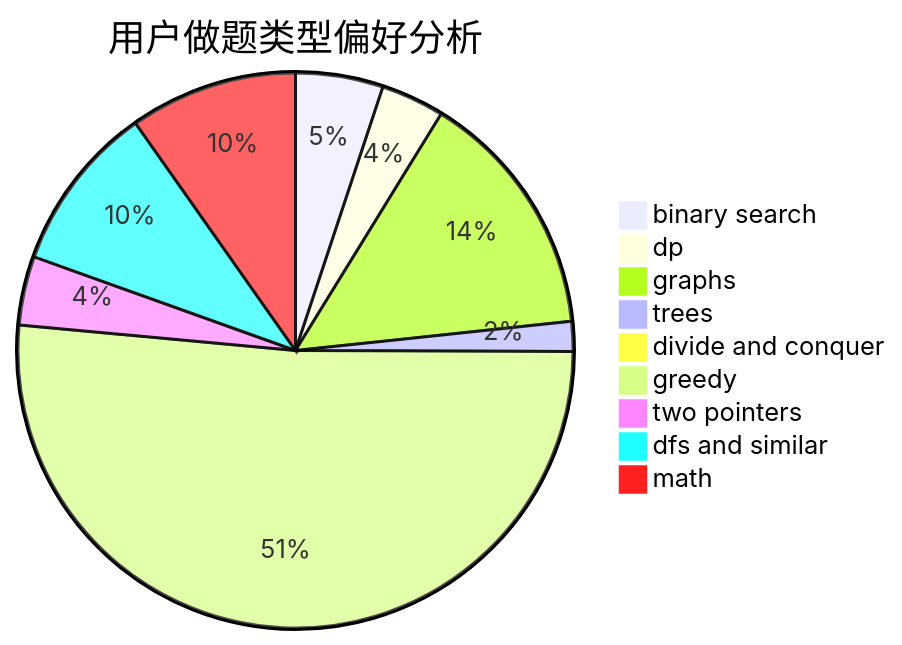
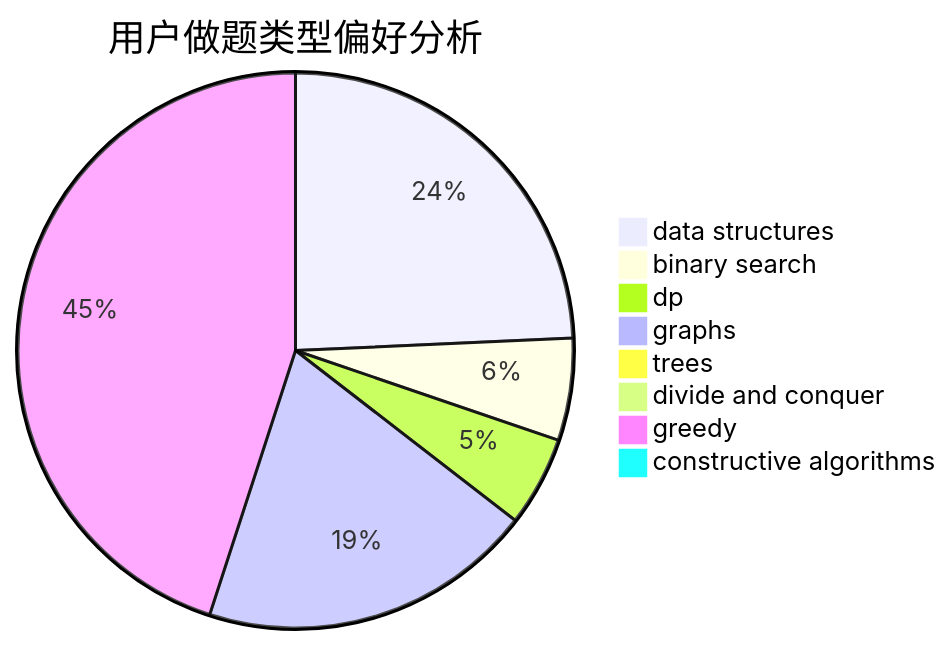
The second of 3 diagrams in docs/user/u1689.md (sherpahu/cfrs.github.io), drawn with Mermaid before and after one commit. The commit also changed other lines of this file and 2775 other files, not shown here.

````diff
--- a/docs/user/u1689.md
+++ b/docs/user/u1689.md
@@ -23,12 +23,11 @@
 ```mermaid
 pie title 用户做题类型偏好分析
-    "binary search" :  47
-    "dp" :  34
-    "graphs" :  134
-    "trees" :  16
-    "divide and conquer" :  6
-    "greedy" :  474
-    "two pointers" :  37
-    "dfs and similar" :  90
-    "math" :  90
+    "data structures" :  102
+    "binary search" :  25
+    "dp" :  22
+    "graphs" :  82
+    "trees" :  0
+    "divide and conquer" :  0
+    "greedy" :  189
+    "constructive algorithms" :  1
 ```
````
